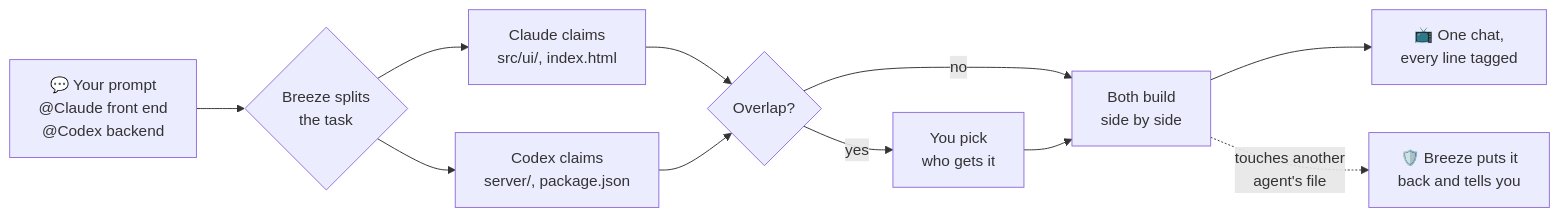
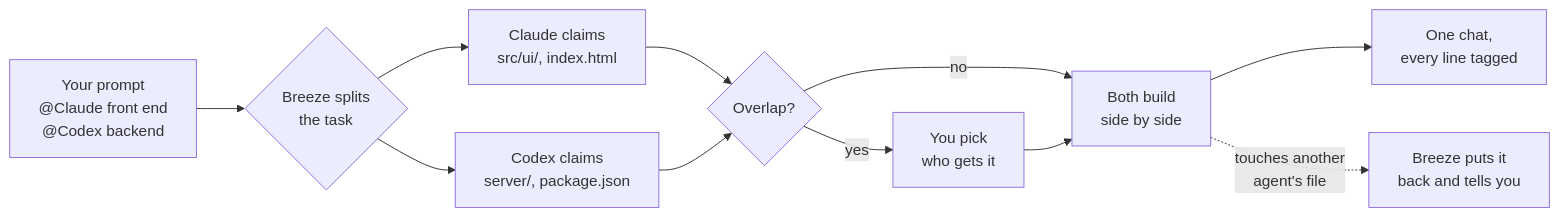
Before and after one commit to itsphatto/BreezeCode: the first of 2 diagrams in README.md, drawn with Mermaid. The commit also changed other lines of this file and 1 other file, not shown here.

````diff
--- a/README.md
+++ b/README.md
@@ -85,12 +85,12 @@
 ```mermaid
 flowchart LR
-    P["💬 Your prompt<br/>@Claude front end<br/>@Codex backend"] --> S{"Breeze splits<br/>the task"}
+    P["Your prompt<br/>@Claude front end<br/>@Codex backend"] --> S{"Breeze splits<br/>the task"}
     S --> C["Claude claims<br/>src/ui/, index.html"]
     S --> X["Codex claims<br/>server/, package.json"]
     C & X --> O{"Overlap?"}
     O -- "yes" --> Y["You pick<br/>who gets it"]
     O -- "no" --> B
     Y --> B["Both build<br/>side by side"]
-    B --> L["📺 One chat,<br/>every line tagged"]
-    B -. "touches another<br/>agent's file" .-> G["🛡️ Breeze puts it<br/>back and tells you"]
+    B --> L["One chat,<br/>every line tagged"]
+    B -. "touches another<br/>agent's file" .-> G["Breeze puts it<br/>back and tells you"]
 ```
````
